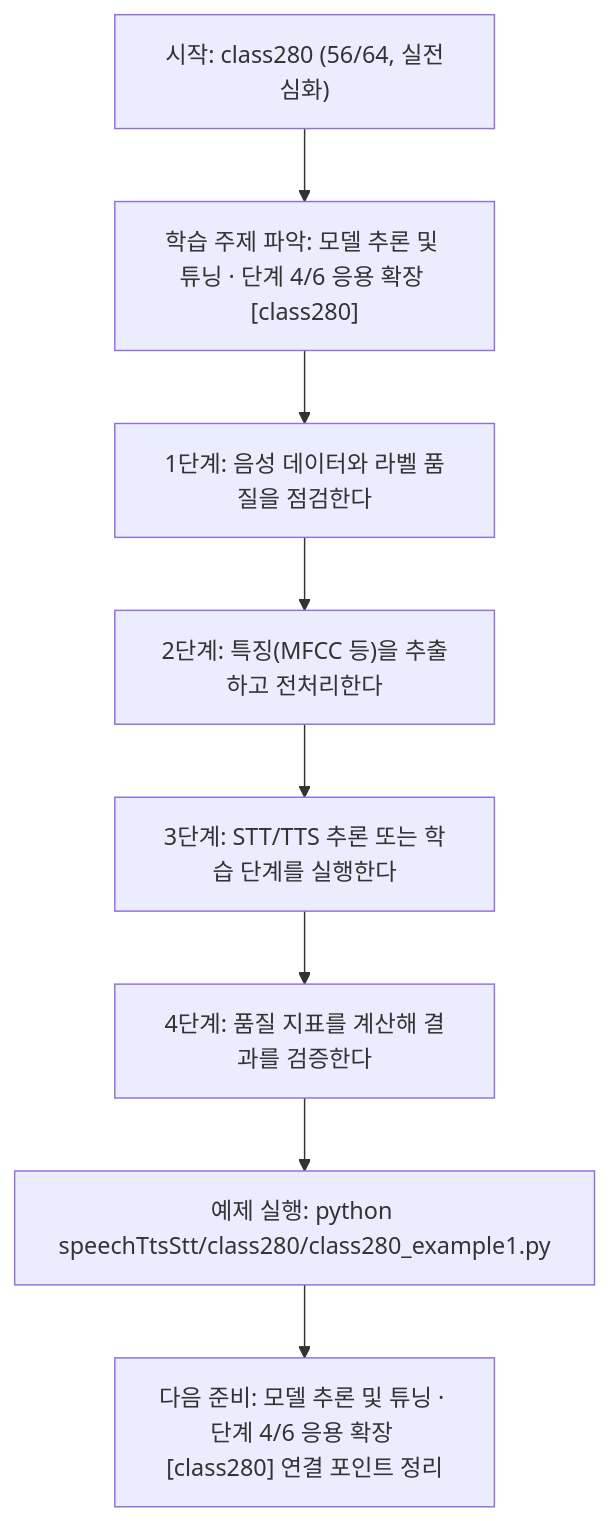
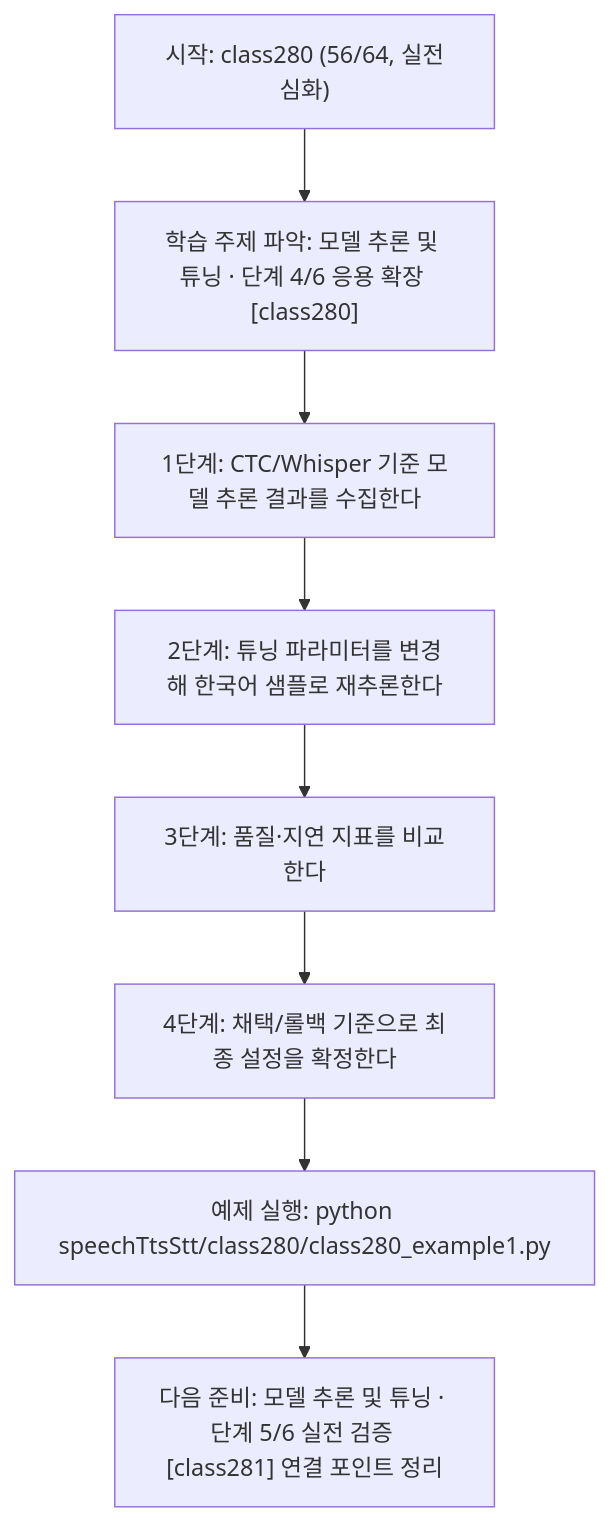
The diagram in speechTtsStt/class280/class280.md (edumgt/Python-AI_Agent-Class), drawn with Mermaid before and after one commit. The commit also changed other lines of this file and 1122 other files, not shown here.

````diff
--- a/speechTtsStt/class280/class280.md
+++ b/speechTtsStt/class280/class280.md
@@ -114,18 +95,18 @@
 ```mermaid
 flowchart TD
 N1["시작: class280 (56/64, 실전심화)"]
 N2["학습 주제 파악: 모델 추론 및 튜닝 · 단계 4/6 응용 확장 [class280]"]
-N3["1단계: 음성 데이터와 라벨 품질을 점검한다"]
-N4["2단계: 특징(MFCC 등)을 추출하고 전처리한다"]
-N5["3단계: STT/TTS 추론 또는 학습 단계를 실행한다"]
-N6["4단계: 품질 지표를 계산해 결과를 검증한다"]
+N3["1단계: CTC/Whisper 기준 모델 추론 결과를 수집한다"]
+N4["2단계: 튜닝 파라미터를 변경해 한국어 샘플로 재추론한다"]
+N5["3단계: 품질·지연 지표를 비교한다"]
+N6["4단계: 채택/롤백 기준으로 최종 설정을 확정한다"]
 N7["예제 실행: python speechTtsStt/class280/class280_example1.py"]
-N8["다음 준비: 모델 추론 및 튜닝 · 단계 4/6 응용 확장 [class280] 연결 포인트 정리"]
+N8["다음 준비: 모델 추론 및 튜닝 · 단계 5/6 실전 검증 [class281] 연결 포인트 정리"]
 N1 --> N2
 N2 --> N3
 N3 --> N4
 N4 --> N5
 N5 --> N6
 N6 --> N7
 N7 --> N8
 ```
````
